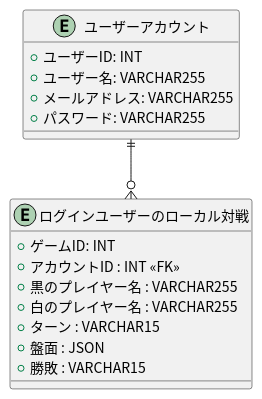
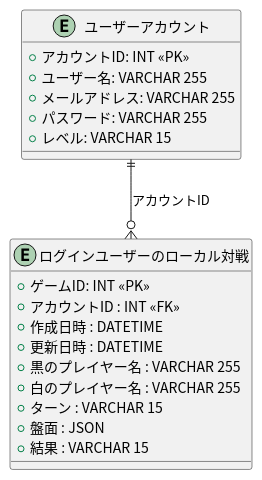
The diagram in docs/er/er_diagram.pu (tomoki-shiozaki/othello), drawn with PlantUML before and after one commit. The commit also changed 6 other files, not shown here.

Commit message:
docs: update er diagrams and DB architectures

```diff
--- a/docs/er/er_diagram.pu
+++ b/docs/er/er_diagram.pu
@@ -1,22 +1,25 @@
 @startuml er
 skinparam defaultFontName "Noto Sans CJK JP"
 entity "ユーザーアカウント" {
-  +ユーザーID: INT
-  +ユーザー名: VARCHAR255
-  +メールアドレス: VARCHAR255
-  +パスワード: VARCHAR255
+  +アカウントID: INT <<PK>>
+  +ユーザー名: VARCHAR 255
+  +メールアドレス: VARCHAR 255
+  +パスワード: VARCHAR 255
+  +レベル: VARCHAR 15
 }
 
 entity "ログインユーザーのローカル対戦" {
-  +ゲームID: INT
+  +ゲームID: INT <<PK>>
   +アカウントID : INT <<FK>>
-  +黒のプレイヤー名 : VARCHAR255
-  +白のプレイヤー名 : VARCHAR255
-  +ターン : VARCHAR15
+  +作成日時 : DATETIME
+  +更新日時 : DATETIME
+  +黒のプレイヤー名 : VARCHAR 255
+  +白のプレイヤー名 : VARCHAR 255
+  +ターン : VARCHAR 15
   +盤面 : JSON 
-  +勝敗 : VARCHAR15
+  +結果 : VARCHAR 15
 }
 
-"ユーザーアカウント" ||--o{ "ログインユーザーのローカル対戦"
+"ユーザーアカウント" ||--o{ "ログインユーザーのローカル対戦" : アカウントID
 
 @enduml
```
